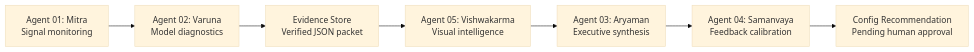
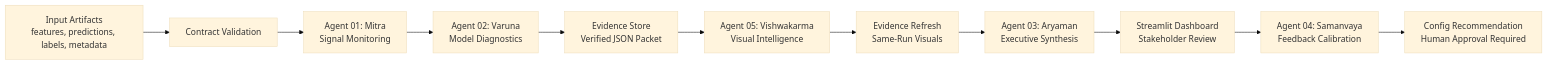
The diagram in README.md (adsha05/CometLens), drawn with Mermaid (base theme) before and after one commit. The commit also changed other lines of this file and 4 other files, not shown here.

````diff
--- a/README.md
+++ b/README.md
@@ -27,9 +57,13 @@
 ```mermaid
 flowchart LR
-    A["Agent 01: Mitra<br/>Signal monitoring"] --> B["Agent 02: Varuna<br/>Model diagnostics"]
-    B --> C["Evidence Store<br/>Verified JSON packet"]
-    C --> D["Agent 05: Vishwakarma<br/>Visual intelligence"]
-    D --> E["Agent 03: Aryaman<br/>Executive synthesis"]
-    E --> F["Agent 04: Samanvaya<br/>Feedback calibration"]
-    F --> G["Config Recommendation<br/>Pending human approval"]
+    A["Input Artifacts<br/>features, predictions, labels, metadata"] --> B["Contract Validation"]
+    B --> C["Agent 01: Mitra<br/>Signal Monitoring"]
+    C --> D["Agent 02: Varuna<br/>Model Diagnostics"]
+    D --> E["Evidence Store<br/>Verified JSON Packet"]
+    E --> F["Agent 05: Vishwakarma<br/>Visual Intelligence"]
+    F --> G["Evidence Refresh<br/>Same-Run Visuals"]
+    G --> H["Agent 03: Aryaman<br/>Executive Synthesis"]
+    H --> I["Streamlit Dashboard<br/>Stakeholder Review"]
+    I --> J["Agent 04: Samanvaya<br/>Feedback Calibration"]
+    J --> K["Config Recommendation<br/>Human Approval Required"]
 ```
````
